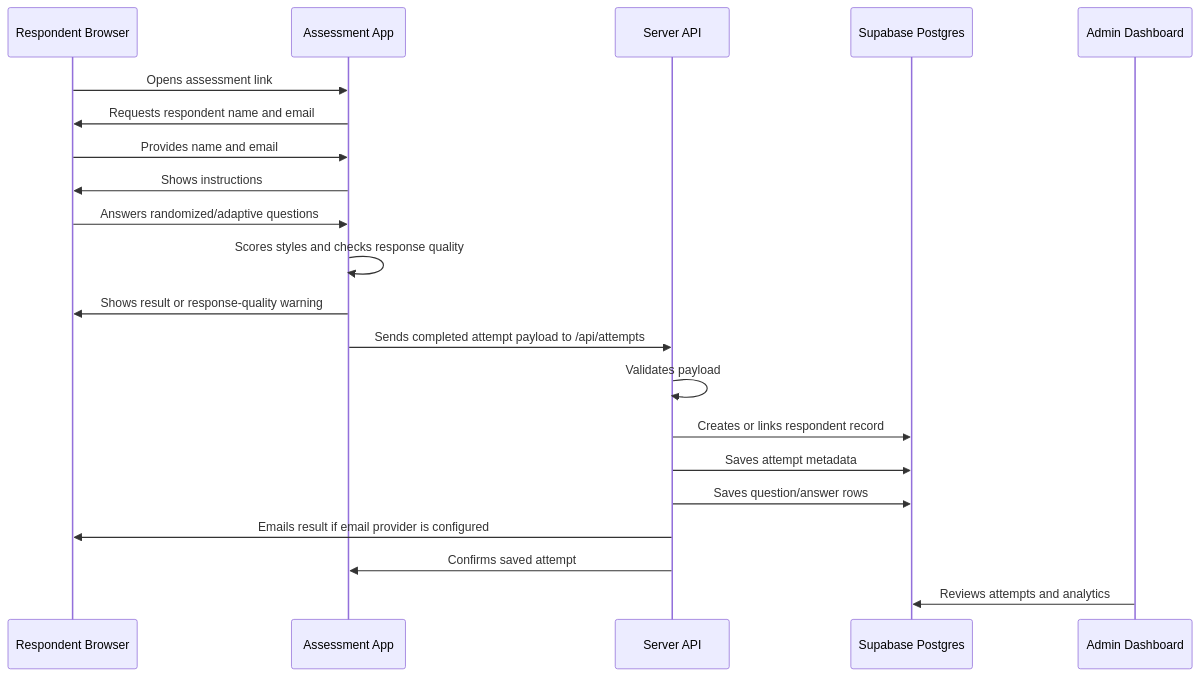
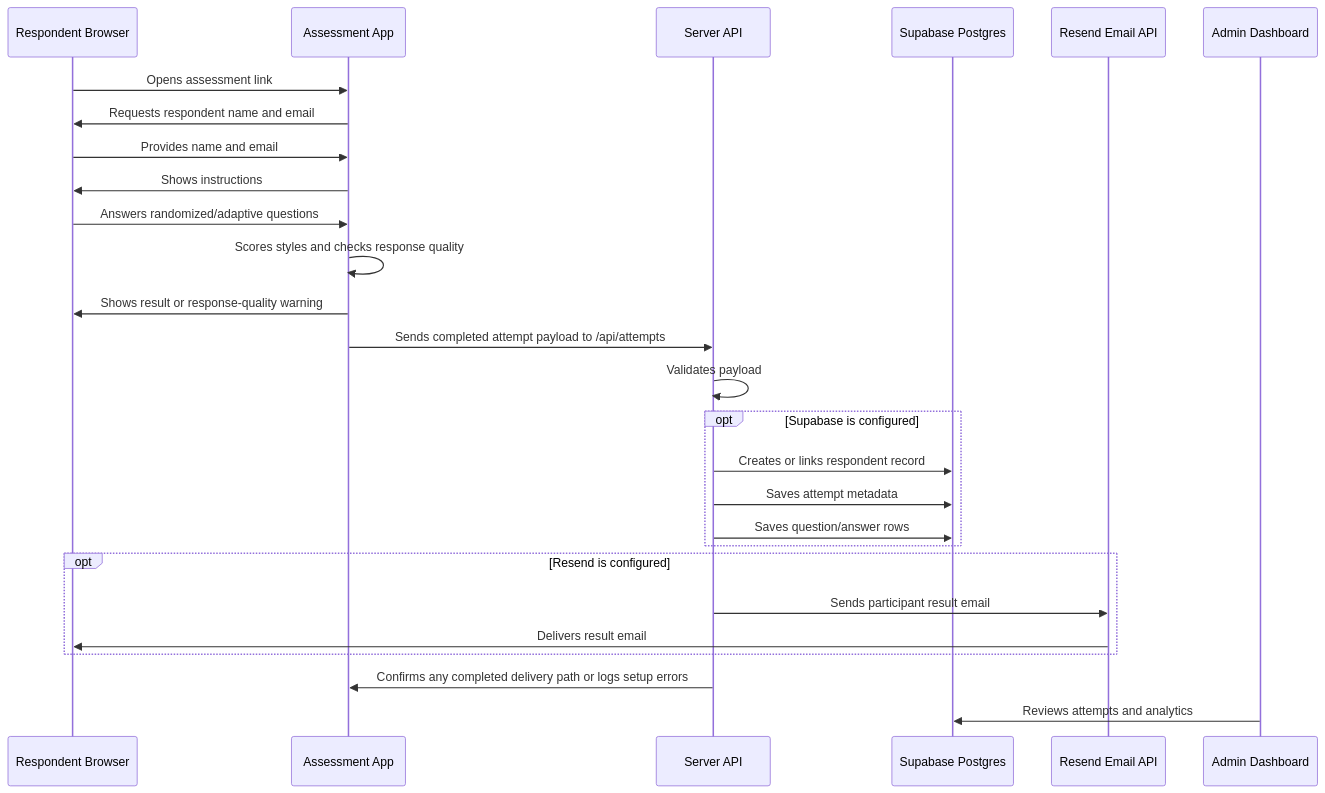
Before and after one commit to campojo/2.0_Leadership: the second of 3 diagrams in ARCHITECTURE_OVERVIEW.md, drawn with Mermaid. The commit also changed other lines of this file and 2 other files, not shown here.

Commit message:
Separate database and email delivery failures

````diff
--- a/ARCHITECTURE_OVERVIEW.md
+++ b/ARCHITECTURE_OVERVIEW.md
@@ -79,24 +80,30 @@
 ```mermaid
 sequenceDiagram
   participant R as Respondent Browser
   participant A as Assessment App
   participant API as Server API
   participant DB as Supabase Postgres
+  participant Email as Resend Email API
   participant Admin as Admin Dashboard
 
   R->>A: Opens assessment link
   A->>R: Requests respondent name and email
   R->>A: Provides name and email
   A->>R: Shows instructions
   R->>A: Answers randomized/adaptive questions
   A->>A: Scores styles and checks response quality
   A->>R: Shows result or response-quality warning
   A->>API: Sends completed attempt payload to /api/attempts
   API->>API: Validates payload
-  API->>DB: Creates or links respondent record
-  API->>DB: Saves attempt metadata
-  API->>DB: Saves question/answer rows
-  API->>R: Emails result if email provider is configured
-  API->>A: Confirms saved attempt
+  opt Supabase is configured
+    API->>DB: Creates or links respondent record
+    API->>DB: Saves attempt metadata
+    API->>DB: Saves question/answer rows
+  end
+  opt Resend is configured
+    API->>Email: Sends participant result email
+    Email->>R: Delivers result email
+  end
+  API->>A: Confirms any completed delivery path or logs setup errors
   Admin->>DB: Reviews attempts and analytics
 ```
````
